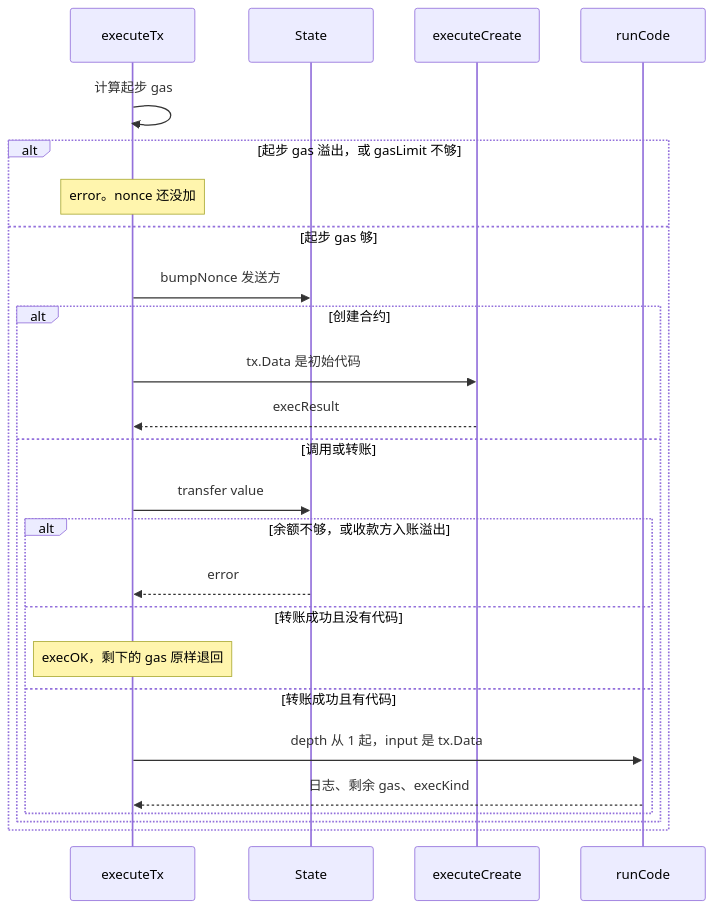
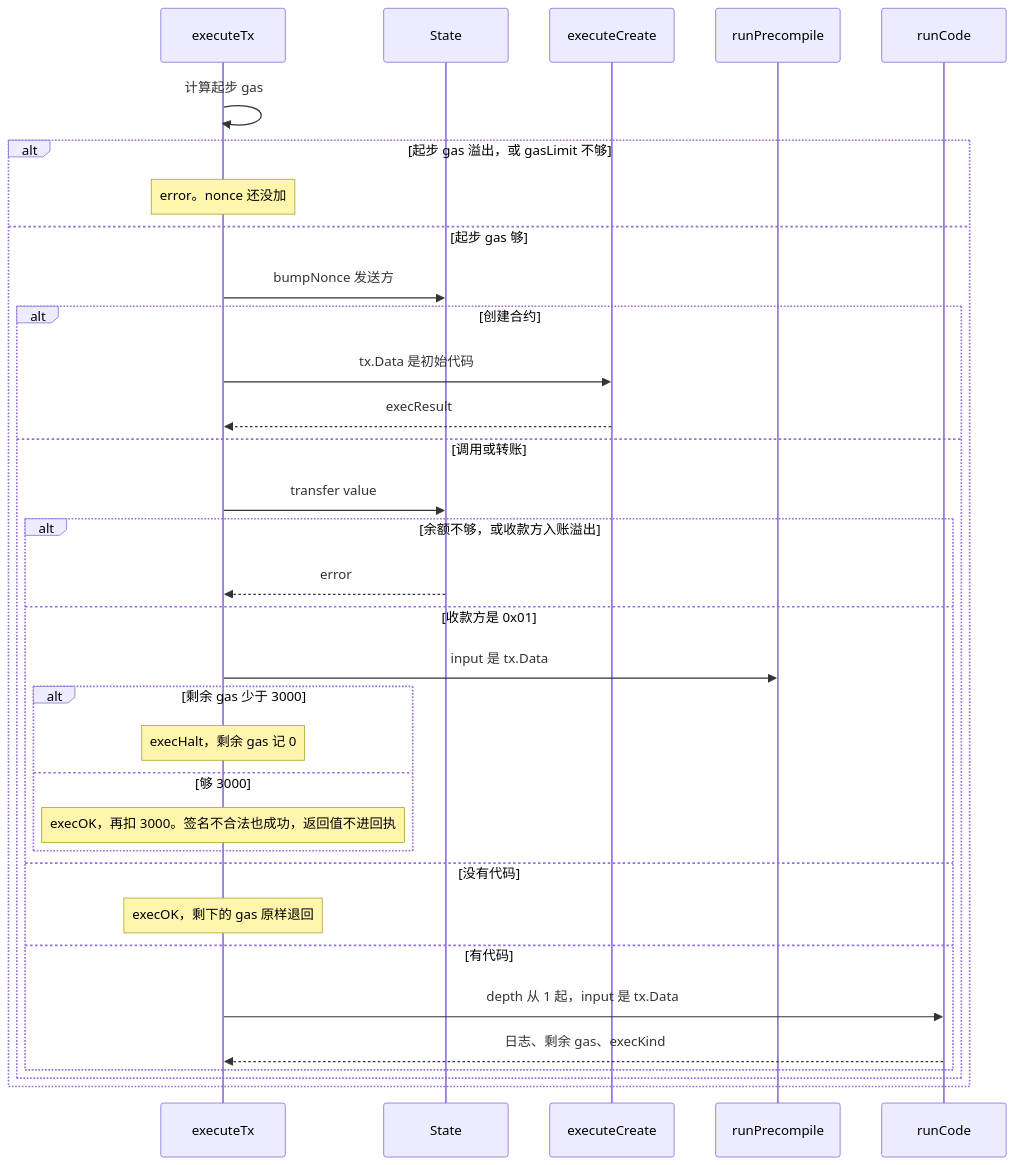
Before and after one commit to slmthydesp/minichain: the fifth of 11 diagrams in LEARNING_GUIDE.md, drawn with Mermaid. The commit also changed other lines of this file and 8 other files, not shown here.

````diff
--- a/LEARNING_GUIDE.md
+++ b/LEARNING_GUIDE.md
@@ -238,28 +238,36 @@
 ```mermaid
 sequenceDiagram
   participant executeTx
   participant State
   participant executeCreate
+  participant runPrecompile
   participant runCode
 
   executeTx->>executeTx: 计算起步 gas
   alt 起步 gas 溢出，或 gasLimit 不够
     Note over executeTx: error。nonce 还没加
   else 起步 gas 够
     executeTx->>State: bumpNonce 发送方
     alt 创建合约
       executeTx->>executeCreate: tx.Data 是初始代码
       executeCreate-->>executeTx: execResult
     else 调用或转账
       executeTx->>State: transfer value
       alt 余额不够，或收款方入账溢出
         State-->>executeTx: error
-      else 转账成功且没有代码
+      else 收款方是 0x01
+        executeTx->>runPrecompile: input 是 tx.Data
+        alt 剩余 gas 少于 3000
+          Note over executeTx: execHalt，剩余 gas 记 0
+        else 够 3000
+          Note over executeTx: execOK，再扣 3000。签名不合法也成功，返回值不进回执
+        end
+      else 没有代码
         Note over executeTx: execOK，剩下的 gas 原样退回
-      else 转账成功且有代码
+      else 有代码
         executeTx->>runCode: depth 从 1 起，input 是 tx.Data
         runCode-->>executeTx: 日志、剩余 gas、execKind
       end
     end
   end
 ```
````
